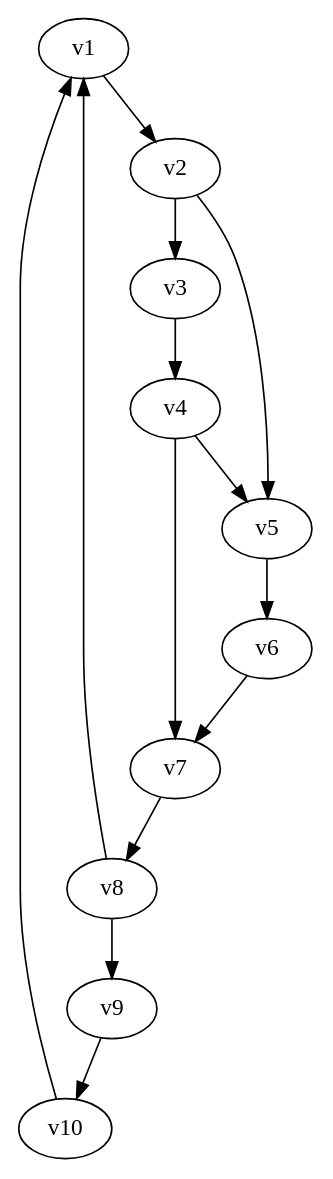
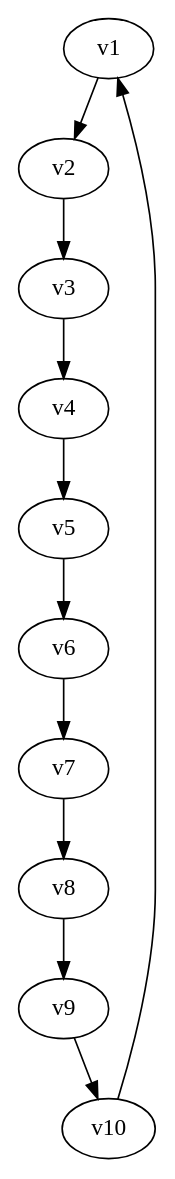
One commit to Ajhan614/VGraph changed the diagram in cycle.dot. Above: the diagram before and after it, drawn with Graphviz. The commit also changed 7 other files, not shown here.

```diff
--- a/cycle.dot
+++ b/cycle.dot
@@ -1,15 +1,12 @@
 digraph{
-    v1 -> v2:port_A;
-    v2 -> v3:in_data;
-    v3 -> v4:input_1;
-    v4 -> v5:pin_X;
-    v5 -> v6:port_B;
-    v6 -> v7:in_2;
-    v7 -> v8:data_flow;
-    v8 -> v9:input_clk;
-    v9 -> v10:port_C;
-    v10 -> v1:feedback;
-    v2 -> v5:extra_in;
-    v8 -> v1:reset_pin;
-    v4 -> v7
+    v1 -> v2;
+    v2 -> v3;
+    v3 -> v4;
+    v4 -> v5;
+    v5 -> v6;
+    v6 -> v7;
+    v7 -> v8;
+    v8 -> v9;
+    v9 -> v10;
+    v10 -> v1;
 }
```
